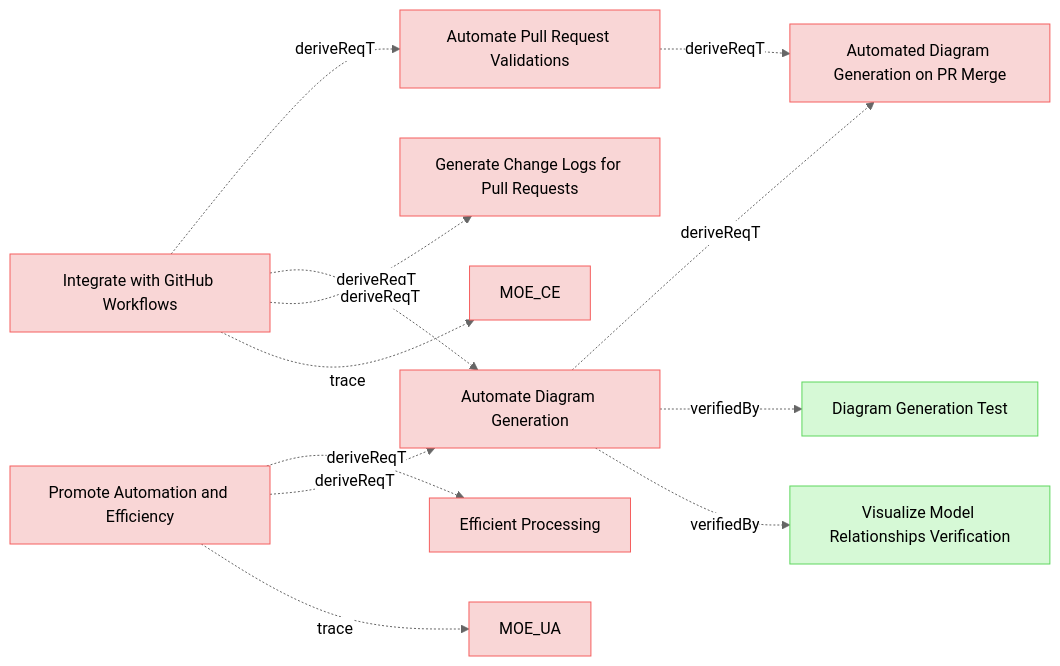
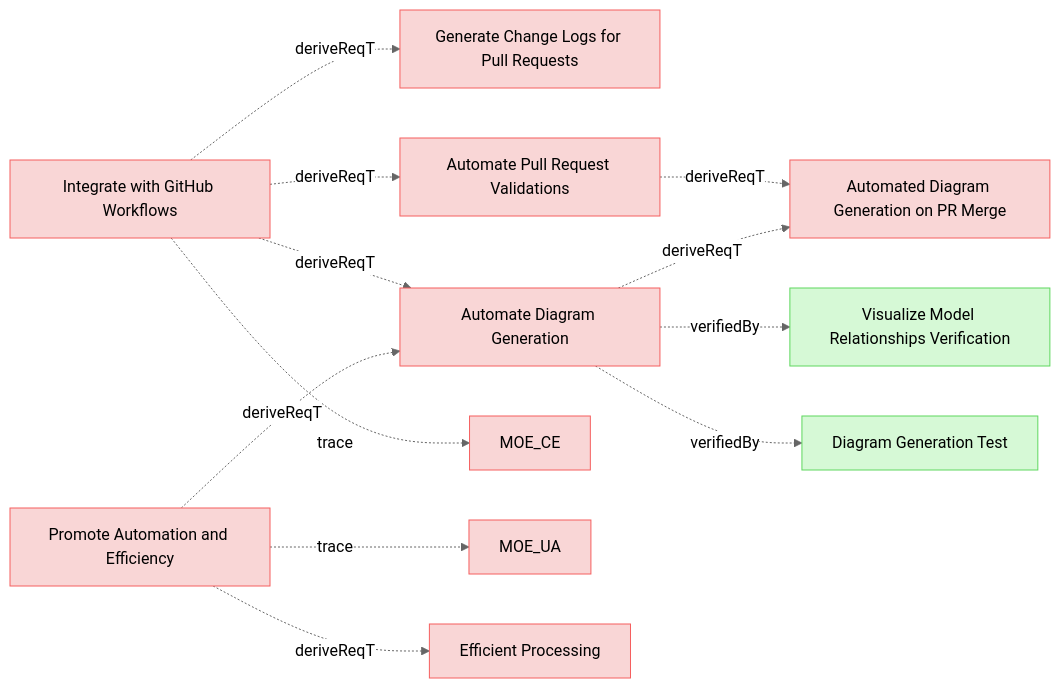
The fourth of 9 diagrams in specifications/UserRequirements.md (reqvire-org/reqvire), drawn with Mermaid (neutral theme) before and after one commit. The commit also changed other lines of this file and 34 other files, not shown here.

````diff
--- a/specifications/UserRequirements.md
+++ b/specifications/UserRequirements.md
@@ -502,54 +502,54 @@
 ```mermaid
 graph LR;
   %% REQVIRE-AUTOGENERATED-DIAGRAM
   %% Graph styling
   classDef requirement fill:#f9d6d6,stroke:#f55f5f,stroke-width:1px;
   classDef verification fill:#d6f9d6,stroke:#5fd75f,stroke-width:1px;
   classDef externalLink fill:#d0e0ff,stroke:#3080ff,stroke-width:1px;
   classDef default fill:#f5f5f5,stroke:#333333,stroke-width:1px;
 
   672b444a568468b8["Generate Change Logs for Pull Requests"];
   class 672b444a568468b8 requirement;
   click 672b444a568468b8 "UserRequirements.md#generate-change-logs-for-pull-requests";
+  15f2f511b2399406["Automate Pull Request Validations"];
+  class 15f2f511b2399406 requirement;
+  click 15f2f511b2399406 "UserRequirements.md#automate-pull-request-validations";
+  3e3df7ad427a88fa["Automated Diagram Generation on PR Merge"];
+  class 3e3df7ad427a88fa requirement;
+  click 3e3df7ad427a88fa "SystemRequirements/Requirements.md#automated-diagram-generation-on-pr-merge";
+  15f2f511b2399406 -.->|deriveReqT| 3e3df7ad427a88fa;
   98a581084d5542fa["Automate Diagram Generation"];
   class 98a581084d5542fa requirement;
   click 98a581084d5542fa "UserRequirements.md#automate-diagram-generation";
   de8ab093f22a5cd7["Visualize Model Relationships Verification"];
   class de8ab093f22a5cd7 verification;
   click de8ab093f22a5cd7 "Verifications/DiagramsTests.md#visualize-model-relationships-verification";
   98a581084d5542fa -.->|verifiedBy| de8ab093f22a5cd7;
+  98a581084d5542fa -.->|deriveReqT| 3e3df7ad427a88fa;
   2d2cf67bb8070da8["Diagram Generation Test"];
   class 2d2cf67bb8070da8 verification;
   click 2d2cf67bb8070da8 "Verifications/DiagramsTests.md#diagram-generation-test";
   98a581084d5542fa -.->|verifiedBy| 2d2cf67bb8070da8;
-  3e3df7ad427a88fa["Automated Diagram Generation on PR Merge"];
-  class 3e3df7ad427a88fa requirement;
-  click 3e3df7ad427a88fa "SystemRequirements/Requirements.md#automated-diagram-generation-on-pr-merge";
-  98a581084d5542fa -.->|deriveReqT| 3e3df7ad427a88fa;
-  15f2f511b2399406["Automate Pull Request Validations"];
-  class 15f2f511b2399406 requirement;
-  click 15f2f511b2399406 "UserRequirements.md#automate-pull-request-validations";
-  15f2f511b2399406 -.->|deriveReqT| 3e3df7ad427a88fa;
-  80166c5161b33956["Promote Automation and Efficiency"];
-  class 80166c5161b33956 requirement;
-  click 80166c5161b33956 "MissionRequirements.md#promote-automation-and-efficiency";
-  2c5f30f14e792200["MOE_UA"];
-  class 2c5f30f14e792200 requirement;
-  click 2c5f30f14e792200 "MOEs.md#moe_ua";
-  80166c5161b33956 -.->|trace| 2c5f30f14e792200;
-  80166c5161b33956 -.->|deriveReqT| 98a581084d5542fa;
-  d193d11c43776bec["Efficient Processing"];
-  class d193d11c43776bec requirement;
-  click d193d11c43776bec "ManagingMbseModelsRequirements.md#efficient-processing";
-  80166c5161b33956 -.->|deriveReqT| d193d11c43776bec;
   98eaeddc27f99e11["Integrate with GitHub Workflows"];
   class 98eaeddc27f99e11 requirement;
   click 98eaeddc27f99e11 "UserStories.md#integrate-with-github-workflows";
   e9ad540a6411a0fc["MOE_CE"];
   class e9ad540a6411a0fc requirement;
   click e9ad540a6411a0fc "MOEs.md#moe_ce";
   98eaeddc27f99e11 -.->|trace| e9ad540a6411a0fc;
   98eaeddc27f99e11 -.->|deriveReqT| 672b444a568468b8;
+  98eaeddc27f99e11 -.->|deriveReqT| 15f2f511b2399406;
   98eaeddc27f99e11 -.->|deriveReqT| 98a581084d5542fa;
-  98eaeddc27f99e11 -.->|deriveReqT| 15f2f511b2399406;
+  80166c5161b33956["Promote Automation and Efficiency"];
+  class 80166c5161b33956 requirement;
+  click 80166c5161b33956 "MissionRequirements.md#promote-automation-and-efficiency";
+  2c5f30f14e792200["MOE_UA"];
+  class 2c5f30f14e792200 requirement;
+  click 2c5f30f14e792200 "MOEs.md#moe_ua";
+  80166c5161b33956 -.->|trace| 2c5f30f14e792200;
+  d193d11c43776bec["Efficient Processing"];
+  class d193d11c43776bec requirement;
+  click d193d11c43776bec "ManagingMbseModelsRequirements.md#efficient-processing";
+  80166c5161b33956 -.->|deriveReqT| d193d11c43776bec;
+  80166c5161b33956 -.->|deriveReqT| 98a581084d5542fa;
 ```
````
